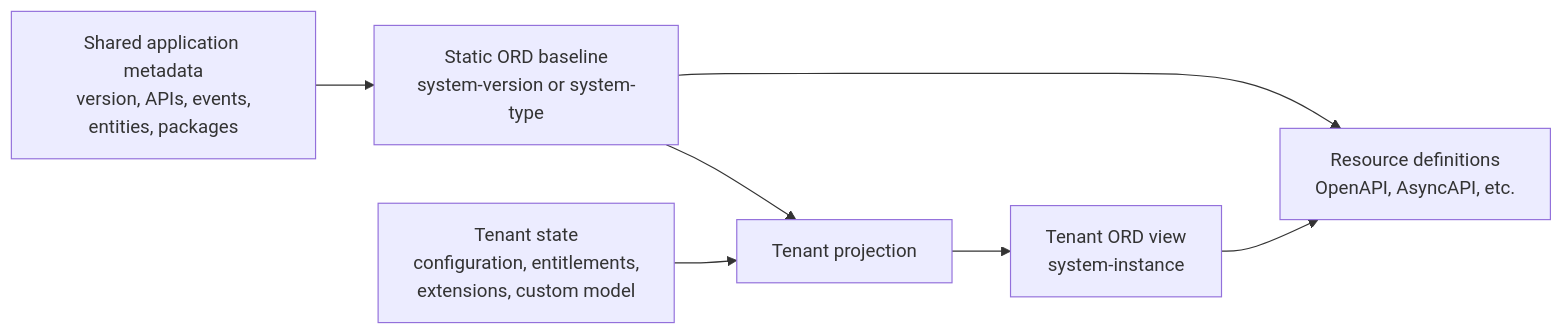
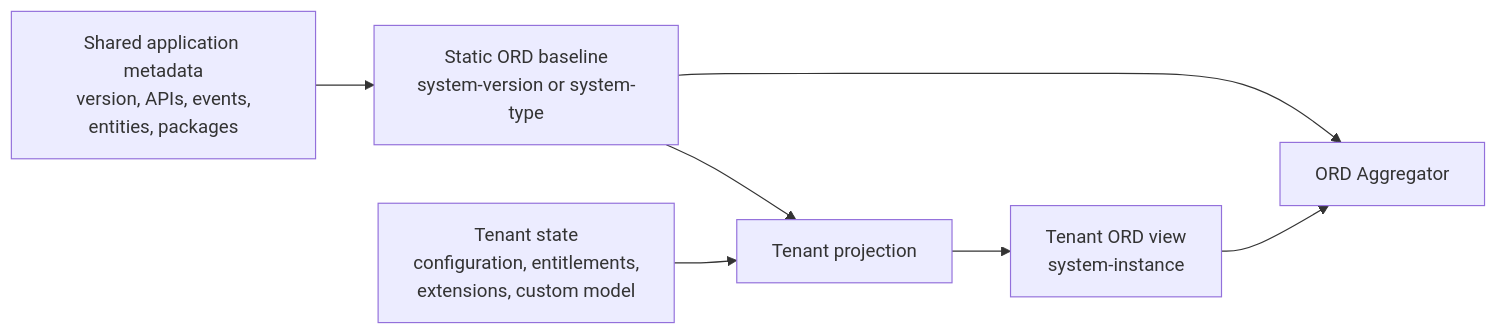
One commit to open-resource-discovery/specification changed the diagram in docs/spec-v1/concepts/implementing-ord-natively.md. Above: the diagram before and after it, drawn with Mermaid.

Commit message:
Simplify diagram

````diff
--- a/docs/spec-v1/concepts/implementing-ord-natively.md
+++ b/docs/spec-v1/concepts/implementing-ord-natively.md
@@ -131,16 +131,16 @@
 ```mermaid
 flowchart LR
     Shared["Shared application metadata<br/>version, APIs, events,<br/>entities, packages"]
     Baseline["Static ORD baseline<br/>system-version or system-type"]
     TenantState["Tenant state<br/>configuration, entitlements,<br/>extensions, custom model"]
     Projection["Tenant projection"]
     Dynamic["Tenant ORD view<br/>system-instance"]
-    Definitions["Resource definitions<br/>OpenAPI, AsyncAPI, etc."]
+    Aggregator["ORD Aggregator"]
 
     Shared --> Baseline
     Baseline --> Projection
     TenantState --> Projection
     Projection --> Dynamic
-    Baseline --> Definitions
-    Dynamic --> Definitions
+    Baseline --> Aggregator
+    Dynamic --> Aggregator
 ```
````
